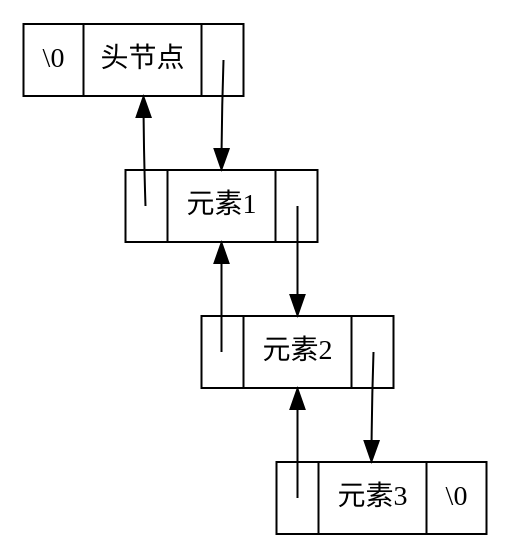
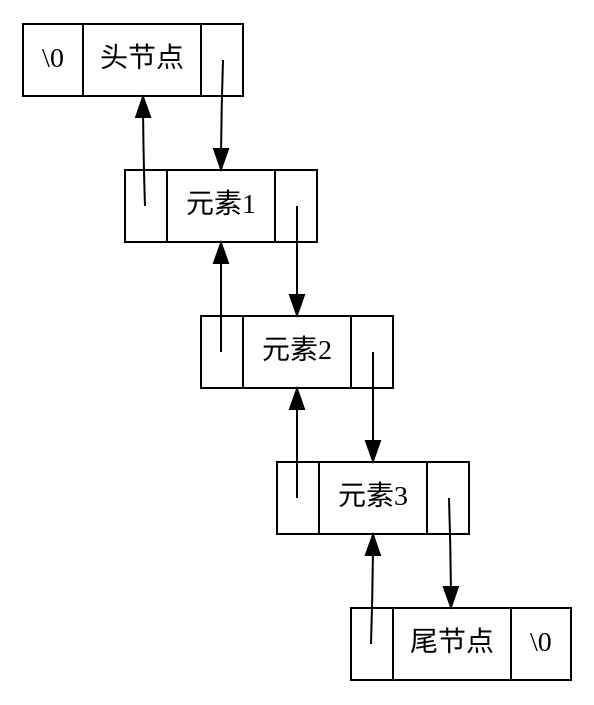
Diagram 21 of 31 in src/第一章-线性结构.md (xavierwoo/data_structrues_notes), drawn with Graphviz before and after one commit. The commit also changed other lines of this file and 1 other file, not shown here.

````diff
--- a/src/第一章-线性结构.md
+++ b/src/第一章-线性结构.md
@@ -479,15 +674,18 @@
 ```dot
 digraph G{
     node [shape = record]
     H [label = "<p> \\0|<data> 头节点|<n> "]
     A [label = "<p> |<data> 元素1|<n> "]
     B [label = "<p> |<data> 元素2|<n> "]
-    C [label = "<p> |<data> 元素3|<n> \\0"]
+    C [label = "<p> |<data> 元素3|<n> "]
+    T [label = "<p> |<data> 尾节点|<n> \\0"]
     A:n:c -> B:data [tailclip=false]
     B:p:c -> A:data [tailclip=false]
     B:n:c -> C:data [tailclip=false]
     C:p:c -> B:data [tailclip=false]
     H:n:c -> A:data [tailclip=false]
     A:p:c -> H:data [tailclip=false]
+    C:n:c -> T:data [tailclip=false]
+    T:p:c -> C:data [tailclip=false]
 }
 ```
````
